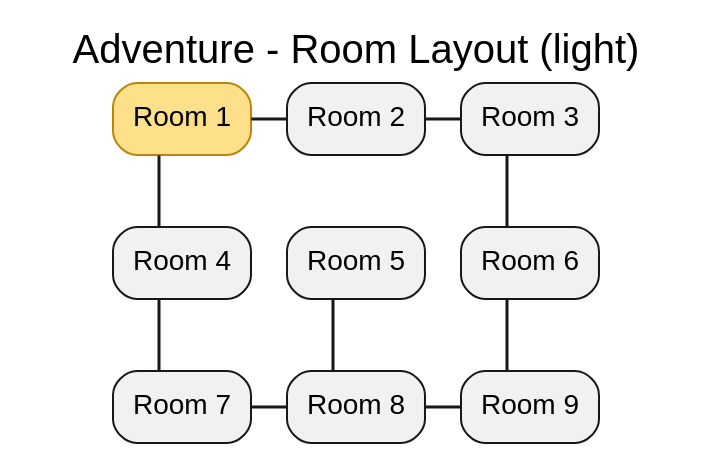
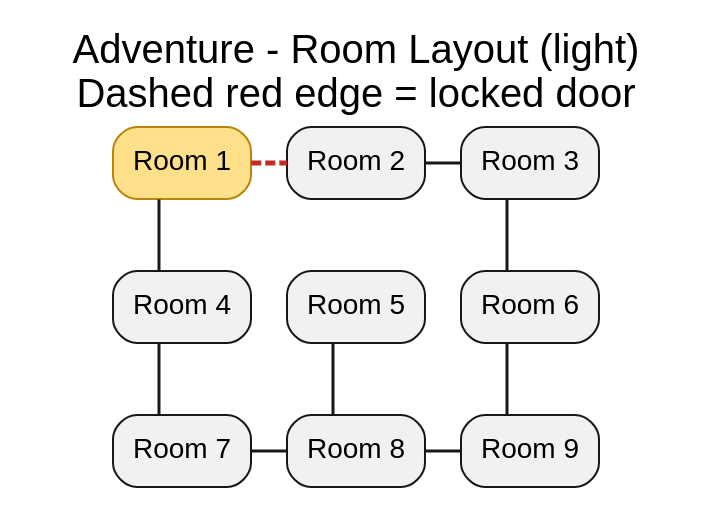
One commit to mwnDK1402/Adventure changed the diagram in docs/room-diagram-light.dot. Above: the diagram before and after it, drawn with Graphviz. The commit also changed 7 other files, not shown here.

First line of the commit message:
Update class diagrams for Day 2 changes

```diff
--- a/docs/room-diagram-light.dot
+++ b/docs/room-diagram-light.dot
@@ -1,46 +1,46 @@
 graph Rooms {
-    label = "Adventure - Room Layout (light)";
+    label = "Adventure - Room Layout (light)\nDashed red edge = locked door";
     labelloc = t;
     fontname = "Helvetica";
     fontsize = 20;
     fontcolor = "#000000";
     bgcolor = "white";
     rankdir = TB;
     splines = ortho;
     node [shape = box, style = "rounded,filled", fontname = "Helvetica", fontsize = 14, fillcolor = "#F1F1F1", color = "#181818", fontcolor = "#000000"];
     edge [color = "#181818", penwidth = 1.5];
 
     { rank = same; r1; r2; r3; }
     { rank = same; r4; r5; r6; }
     { rank = same; r7; r8; r9; }
 
     r1 [label = "Room 1", fillcolor = "#FFE08A", color = "#B8860B"];
     r2 [label = "Room 2"];
     r3 [label = "Room 3"];
     r4 [label = "Room 4"];
     r5 [label = "Room 5"];
     r6 [label = "Room 6"];
     r7 [label = "Room 7"];
     r8 [label = "Room 8"];
     r9 [label = "Room 9"];
 
-    r1 -- r2;
+    r1 -- r2 [color = "#C62828", style = "dashed", penwidth = 2.5];
     r2 -- r3;
     r7 -- r8;
     r8 -- r9;
     r1 -- r4;
     r3 -- r6;
     r4 -- r7;
     r5 -- r8;
     r6 -- r9;
 
     edge [style = invis, color = "white"];
     r1 -- r4;
     r4 -- r7;
     r2 -- r5;
     r5 -- r8;
     r3 -- r6;
     r6 -- r9;
     r4 -- r5;
     r5 -- r6;
 }
```
